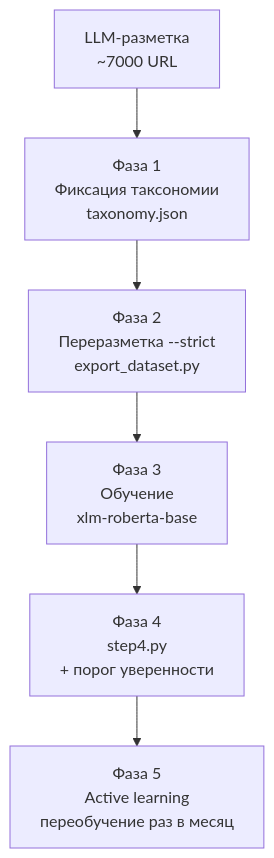
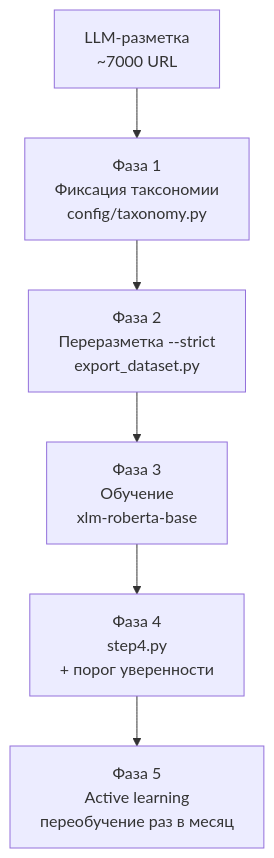
Before and after one commit to ioncat/web-page-classifier: the third of 4 diagrams in README.md, drawn with Mermaid. The commit also changed other lines of this file and 24 other files, not shown here.

````diff
--- a/README.md
+++ b/README.md
@@ -119,8 +119,8 @@
 ```mermaid
 flowchart TD
-    A["LLM-разметка<br/>~7000 URL"] --> B["Фаза 1<br/>Фиксация таксономии<br/>taxonomy.json"]
+    A["LLM-разметка<br/>~7000 URL"] --> B["Фаза 1<br/>Фиксация таксономии<br/>config/taxonomy.py"]
     B --> C["Фаза 2<br/>Переразметка --strict<br/>export_dataset.py"]
     C --> D["Фаза 3<br/>Обучение<br/>xlm-roberta-base"]
     D --> E["Фаза 4<br/>step4.py<br/>+ порог уверенности"]
     E --> F["Фаза 5<br/>Active learning<br/>переобучение раз в месяц"]
 ```
````
